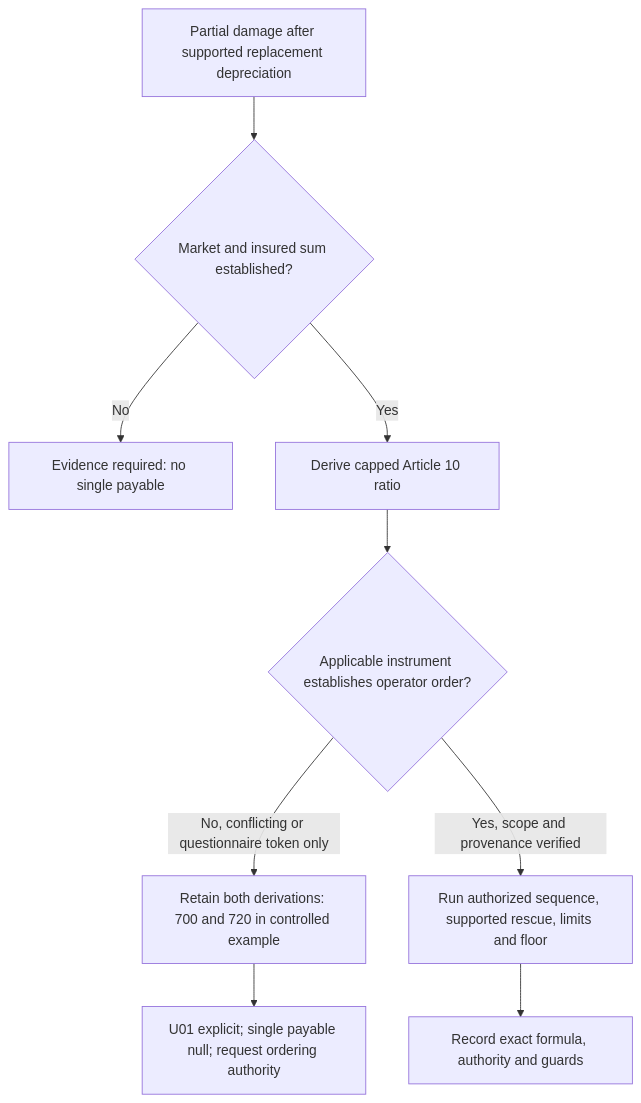
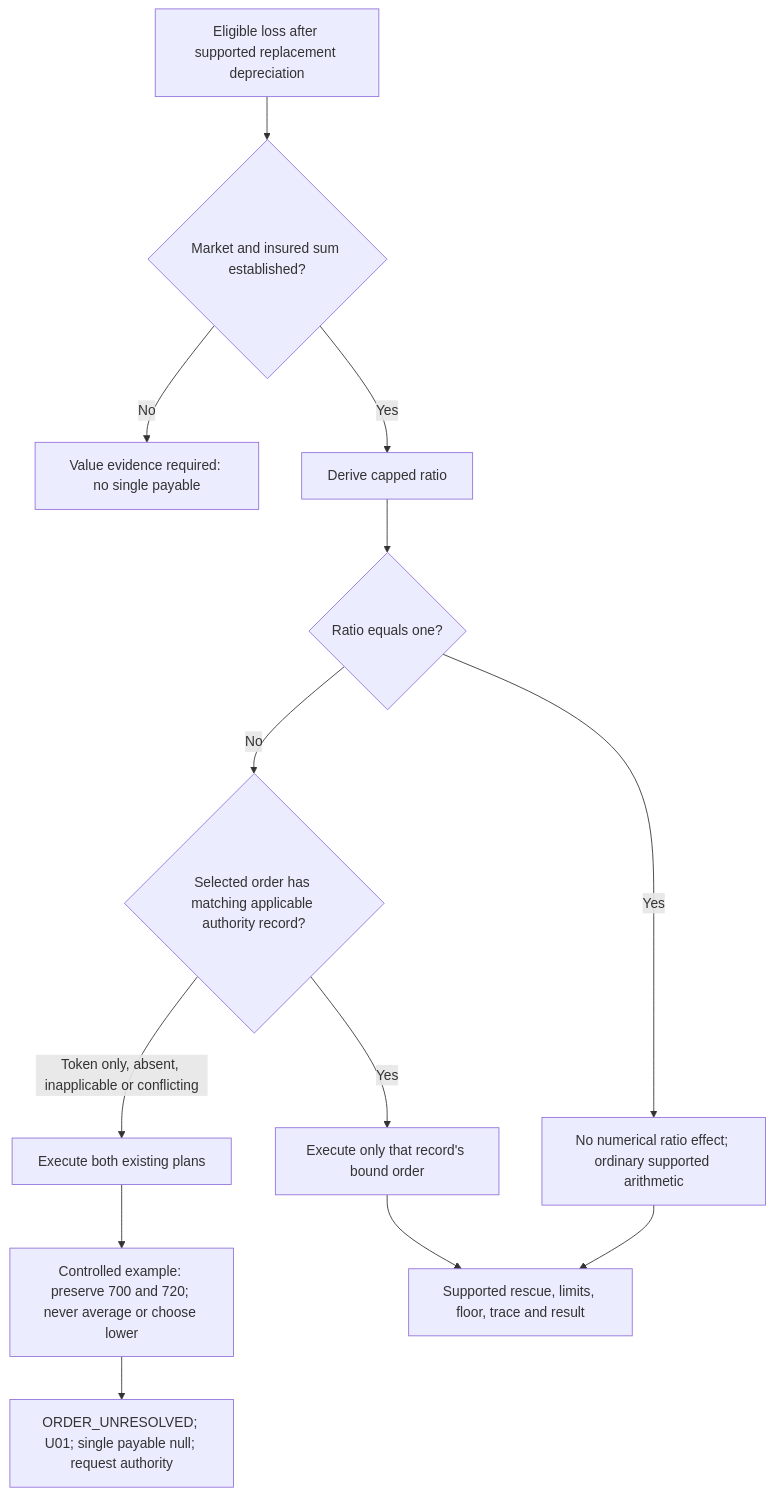
Before and after one commit to SoloMidMiram/Iranian-Auto-Body-Insurance-Claim-Calculation-Knowledge-Graph: the third of 3 diagrams in docs/BODY_SALVAGE_FRANCHISE_ART10_FLOW.md, drawn with Mermaid. The commit also changed other lines of this file and 46 other files, not shown here.

````diff
--- a/docs/BODY_SALVAGE_FRANCHISE_ART10_FLOW.md
+++ b/docs/BODY_SALVAGE_FRANCHISE_ART10_FLOW.md
@@ -35,11 +50,15 @@
 ```mermaid
 flowchart TD
-  A["Partial damage after supported replacement depreciation"] --> B{"Market and insured sum established?"}
-  B -- "No" --> N["Evidence required: no single payable"]
-  B -- "Yes" --> C["Derive capped Article 10 ratio"]
-  C --> D{"Applicable instrument establishes operator order?"}
-  D -- "No, conflicting or questionnaire token only" --> E["Retain both derivations: 700 and 720 in controlled example"]
-  E --> F["U01 explicit; single payable null; request ordering authority"]
-  D -- "Yes, scope and provenance verified" --> G["Run authorized sequence, supported rescue, limits and floor"]
-  G --> H["Record exact formula, authority and guards"]
+  A["Eligible loss after supported replacement depreciation"] --> B{"Market and insured sum established?"}
+  B -- "No" --> N["Value evidence required: no single payable"]
+  B -- "Yes" --> C["Derive capped ratio"]
+  C --> D{"Ratio equals one?"}
+  D -- "Yes" --> E["No numerical ratio effect; ordinary supported arithmetic"]
+  D -- "No" --> F{"Selected order has matching applicable authority record?"}
+  F -- "Token only, absent, inapplicable or conflicting" --> G["Execute both existing plans"]
+  G --> H["Controlled example: preserve 700 and 720; never average or choose lower"]
+  H --> I["ORDER_UNRESOLVED; U01; single payable null; request authority"]
+  F -- "Yes" --> J["Execute only that record's bound order"]
+  E --> K["Supported rescue, limits, floor, trace and result"]
+  J --> K
 ```
````
